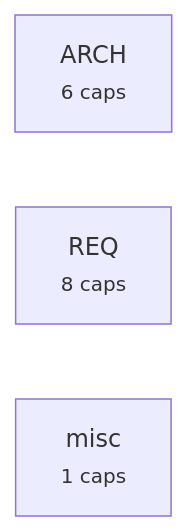
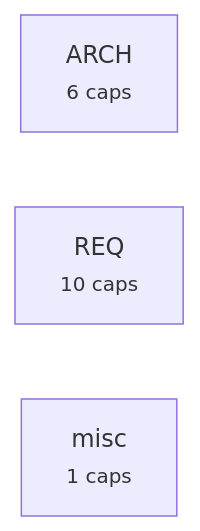
One commit to alxmax/excalidraw-diagram changed the third of 4 diagrams in requirements/_map.md. Above: the diagram before and after it, drawn with Mermaid. The commit also changed other lines of this file and 51 other files, not shown here.

````diff
--- a/requirements/_map.md
+++ b/requirements/_map.md
@@ -89,6 +93,6 @@
 ```mermaid
 graph LR
   a_ARCH["ARCH<br><small>6 caps</small>"]
-  a_REQ["REQ<br><small>8 caps</small>"]
+  a_REQ["REQ<br><small>10 caps</small>"]
   a_misc["misc<br><small>1 caps</small>"]
 ```
````
